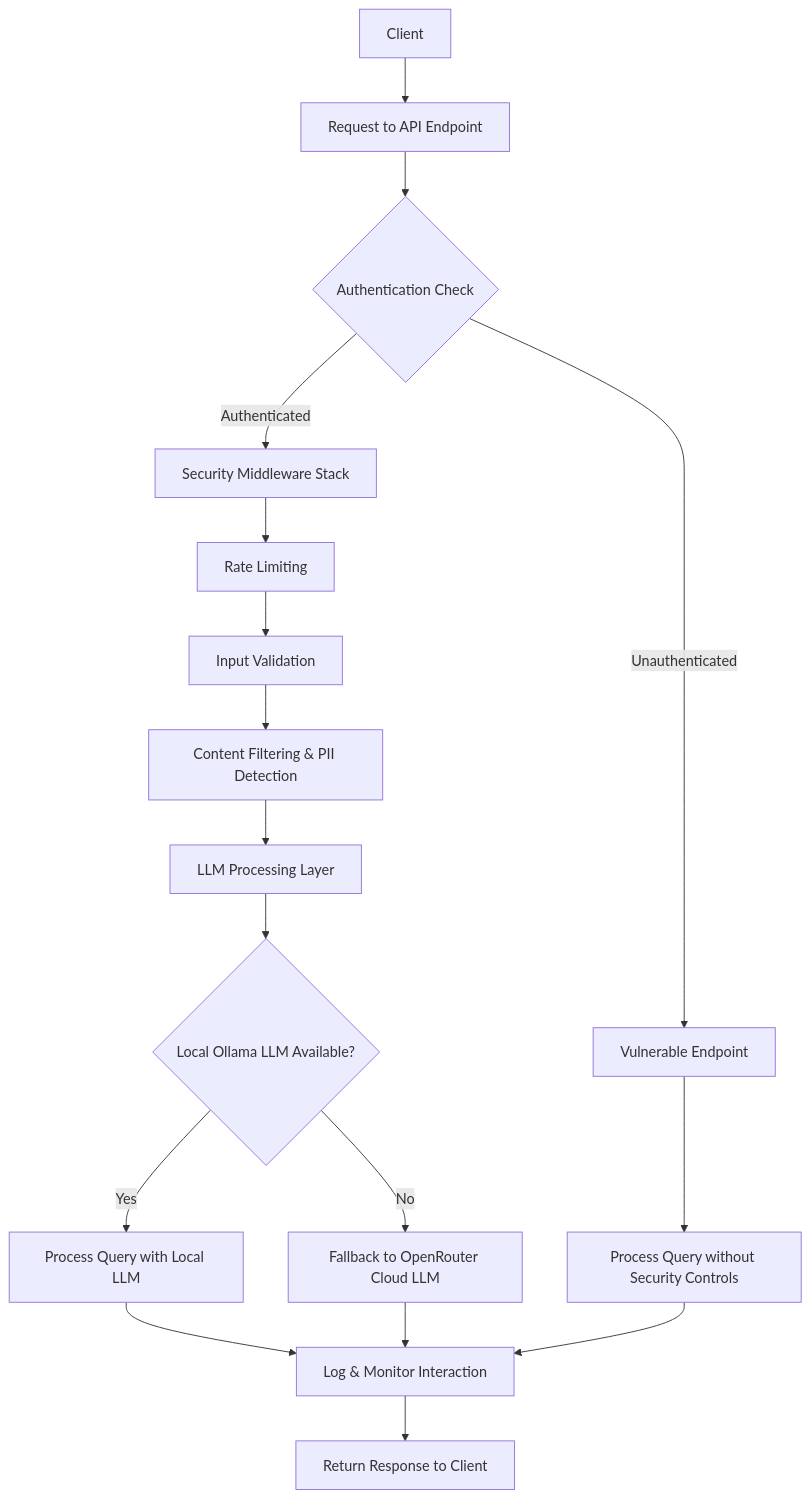
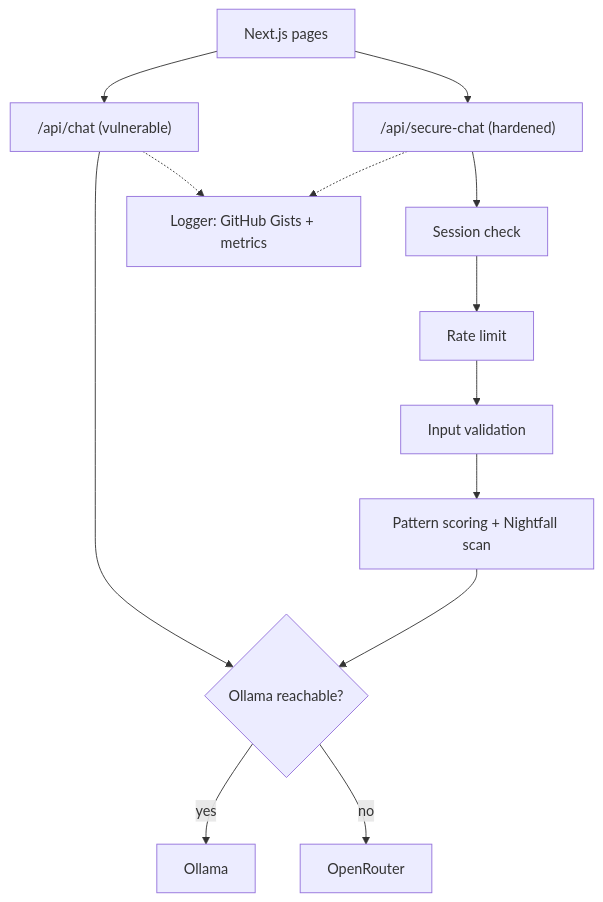
One commit to nbaburov/local-llm-security changed the diagram in README.md. Above: the diagram before and after it, drawn with Mermaid. The commit also changed other lines of this file and 6 other files, not shown here.

````diff
--- a/README.md
+++ b/README.md
@@ -156,23 +53,12 @@
 ```mermaid
 graph TD
-    A[Client] --> B[Request to API Endpoint]
-    B --> C{Authentication Check}
-    C -->|Authenticated| D[Security Middleware Stack]
-    C -->|Unauthenticated| E[Vulnerable Endpoint]
-
-    D --> F[Rate Limiting]
-    F --> G[Input Validation]
-    G --> H[Content Filtering & PII Detection]
-    H --> I[LLM Processing Layer]
-
-    I --> J{Local Ollama LLM Available?}
-    J -->|Yes| K[Process Query with Local LLM]
-    J -->|No| L[Fallback to OpenRouter Cloud LLM]
-
-    K --> M[Log & Monitor Interaction]
-    L --> M
-
-    M --> N[Return Response to Client]
-    E --> O[Process Query without Security Controls]
-    O --> M
+    UI[Next.js pages] --> V["/api/chat (vulnerable)"]
+    UI --> S["/api/secure-chat (hardened)"]
+    S --> A[Session check] --> R[Rate limit] --> I[Input validation] --> D[Pattern scoring + Nightfall scan]
+    V --> M{Ollama reachable?}
+    D --> M
+    M -->|yes| O[Ollama]
+    M -->|no| F[OpenRouter]
+    V -.-> L[Logger: GitHub Gists + metrics]
+    S -.-> L
 ```
````
